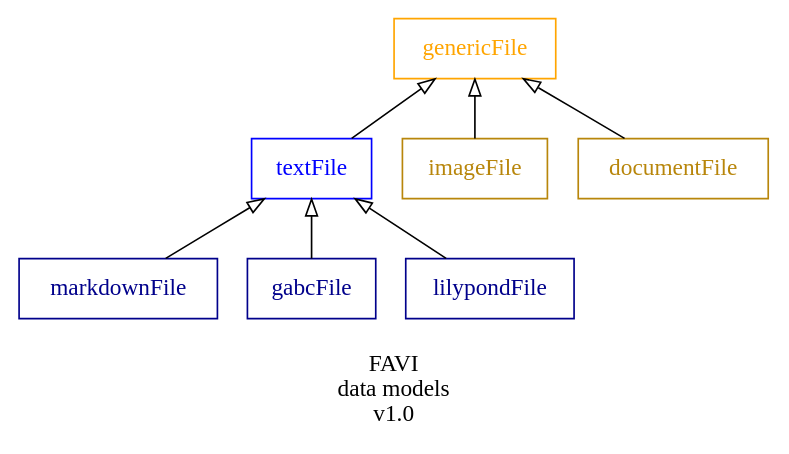
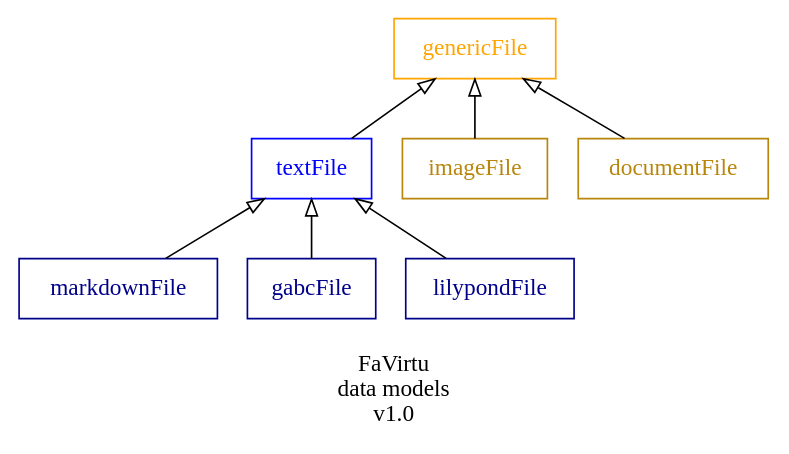
The diagram in static/design/dot/favi-data-models.dot (guild-st-isidore-TO/fabrica-virtualis), drawn with Graphviz before and after one commit. The commit also changed 12 other files, not shown here.

```diff
--- a/static/design/dot/favi-data-models.dot
+++ b/static/design/dot/favi-data-models.dot
@@ -1,27 +1,27 @@
 digraph {
-    label = "\nFAVI\ndata models\nv1.0";
+    label = "\nFaVirtu\ndata models\nv1.0";
     node [shape = box;];
     
     genericFile -> textFile [dir = both; arrowhead = none; arrowtail = onormal;];
     
     textFile -> markdownFile [dir = both; arrowhead = none; arrowtail = onormal;];
     textFile -> gabcFile [dir = both; arrowhead = none; arrowtail = onormal;];
     textFile -> lilypondFile [dir = both; arrowhead = none; arrowtail = onormal;];
 
     genericFile -> imageFile [dir = both; arrowhead = none; arrowtail = onormal;];
     genericFile -> documentFile [dir = both; arrowhead = none; arrowtail = onormal;];
     
     genericFile [label = "genericFile";color = orange;fontcolor = orange;];
     
     textFile [label = "textFile";color = blue;fontcolor = blue;];
     
     markdownFile [label = "markdownFile";color = darkblue;fontcolor = darkblue;];
     
     gabcFile [label = "gabcFile";color = darkblue;fontcolor = darkblue;];
     
     lilypondFile [label = "lilypondFile";color = darkblue;fontcolor = darkblue;];
     
     imageFile [label = "imageFile";color = darkgoldenrod;fontcolor = darkgoldenrod;];
     
     documentFile [label = "documentFile";color = darkgoldenrod;fontcolor = darkgoldenrod;];
 }
```
